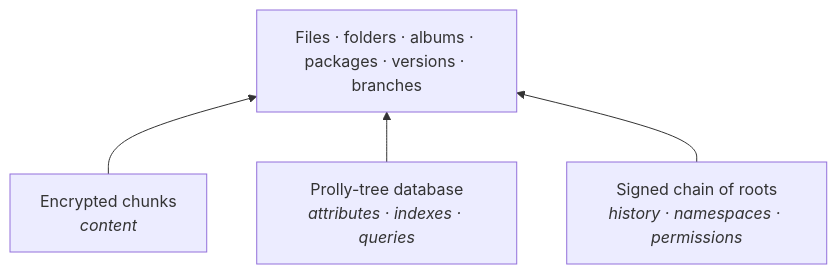
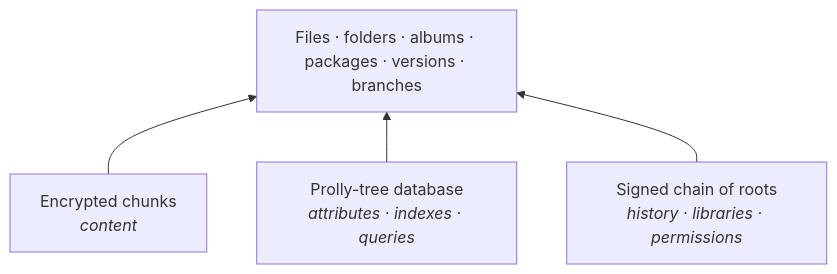
Before and after one commit to vooteleaer/retifs: the diagram in README.md, drawn with Mermaid. The commit also changed other lines of this file and 27 other files, not shown here.

````diff
--- a/README.md
+++ b/README.md
@@ -34,10 +84,10 @@
 ```mermaid
 flowchart BT
     C["Encrypted chunks<br/><i>content</i>"]
     D["Prolly-tree database<br/><i>attributes · indexes · queries</i>"]
-    R["Signed chain of roots<br/><i>history · namespaces · permissions</i>"]
+    R["Signed chain of roots<br/><i>history · libraries · permissions</i>"]
     U["Files · folders · albums · packages · versions · branches"]
     C --> U
     D --> U
     R --> U
 ```
````
